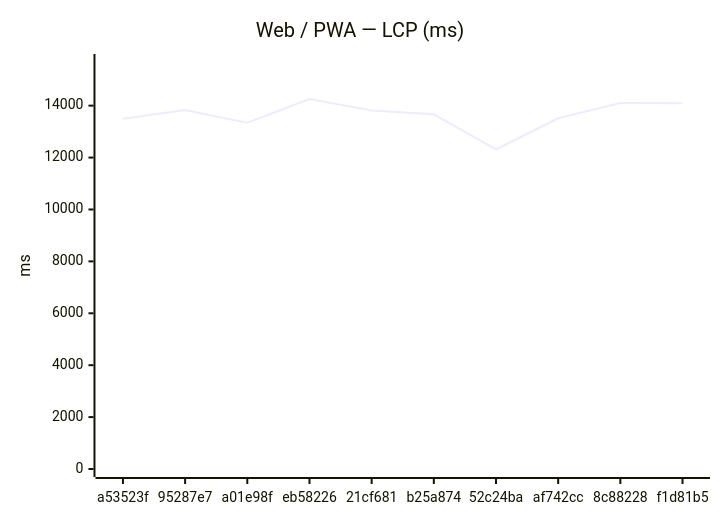
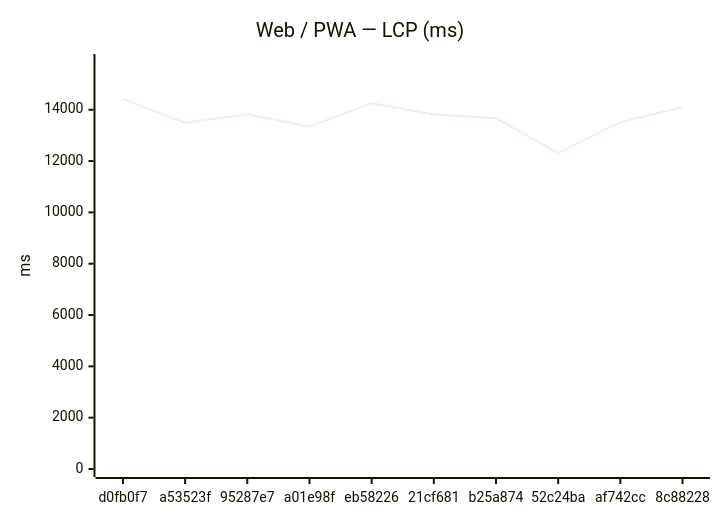
One commit to Metaheurist/Rianell changed the first of 18 diagrams in benchmarks/compare.md. Above: the diagram before and after it, drawn with Mermaid. The commit also changed other lines of this file and 11 other files, not shown here.

````diff
--- a/benchmarks/compare.md
+++ b/benchmarks/compare.md
@@ -24,7 +24,7 @@
 ```mermaid
 xychart-beta
     title "Web / PWA — LCP (ms)"
-    x-axis ["a53523f", "95287e7", "a01e98f", "eb58226", "21cf681", "b25a874", "52c24ba", "af742cc", "8c88228", "f1d81b5"]
-    y-axis "ms" 0 --> 15682
-    line [13497, 13828, 13339, 14256, 13811, 13665, 12311, 13514, 14099, 14091]
+    x-axis ["d0fb0f7", "a53523f", "95287e7", "a01e98f", "eb58226", "21cf681", "b25a874", "52c24ba", "af742cc", "8c88228"]
+    y-axis "ms" 0 --> 15861
+    line [14419, 13497, 13828, 13339, 14256, 13811, 13665, 12311, 13514, 14099]
 ```
````
